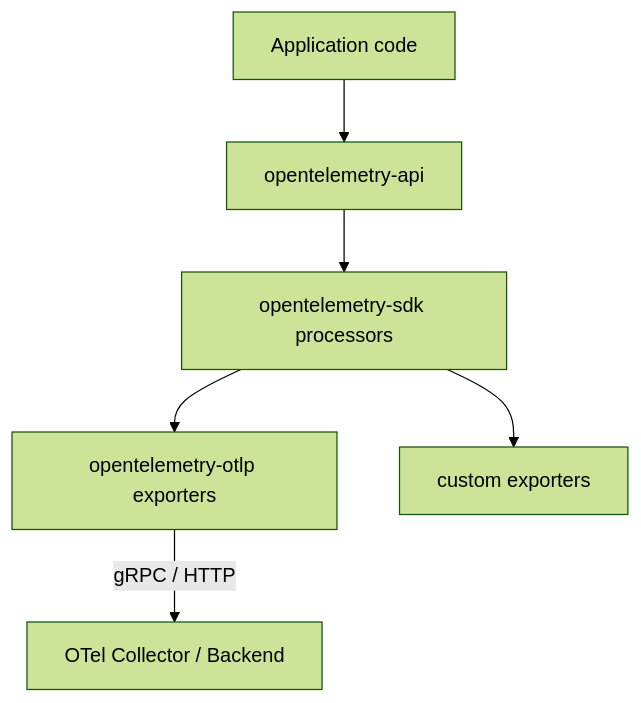
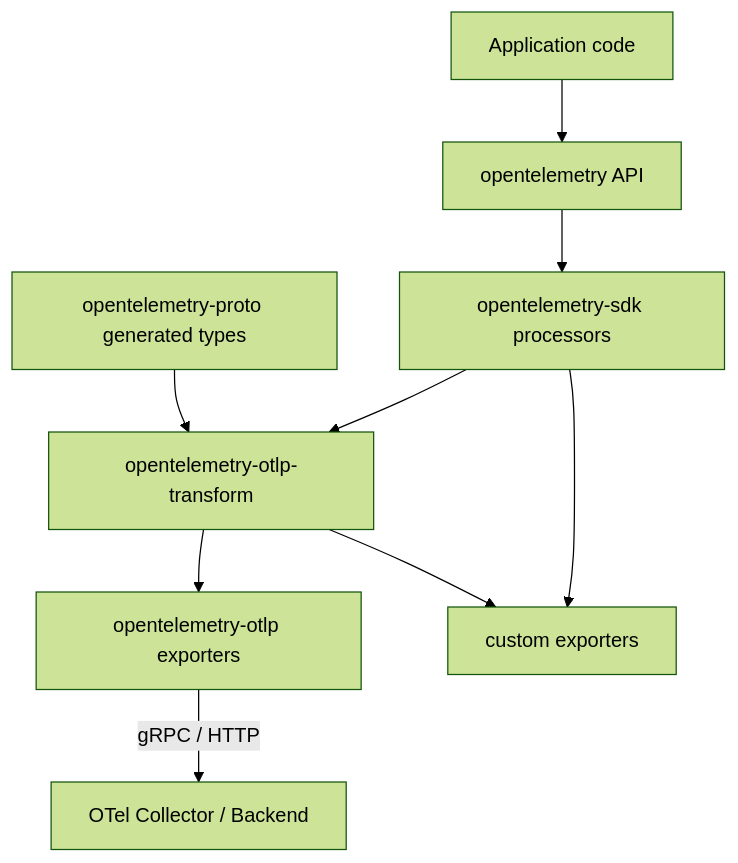
Before and after one commit to open-telemetry/opentelemetry-rust: the first of 2 diagrams in docs/design/otlp.md, drawn with Mermaid (forest theme). The commit also changed other lines of this file and 20 other files, not shown here.

Commit message:
refactor(otlp): wire transform crate and decouple proto

````diff
--- a/docs/design/otlp.md
+++ b/docs/design/otlp.md
@@ -23,9 +23,12 @@
 ```mermaid
 graph TD
-    A[Application code] --> B[opentelemetry-api]
+    A[Application code] --> B[opentelemetry API]
     B --> C[opentelemetry-sdk processors]
-    C --> D[opentelemetry-otlp exporters]
+    C --> T[opentelemetry-otlp-transform]
+    P[opentelemetry-proto generated types] --> T
+    T --> D[opentelemetry-otlp exporters]
     D -->|gRPC / HTTP| E[OTel Collector / Backend]
     %% Auxiliary exporters
     C --> F[custom exporters]
+    T --> F
 ```
````
